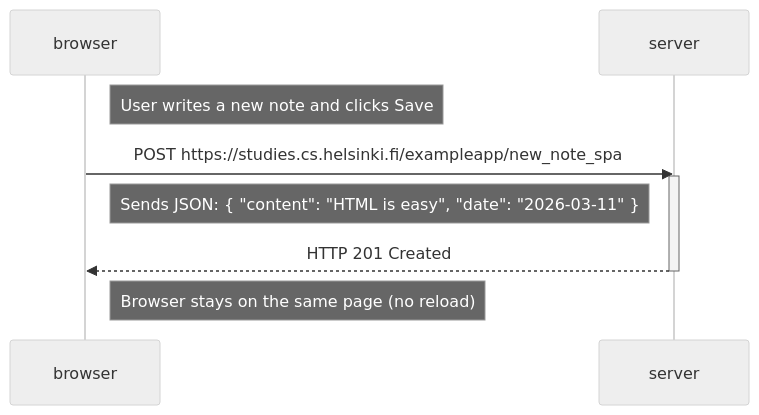
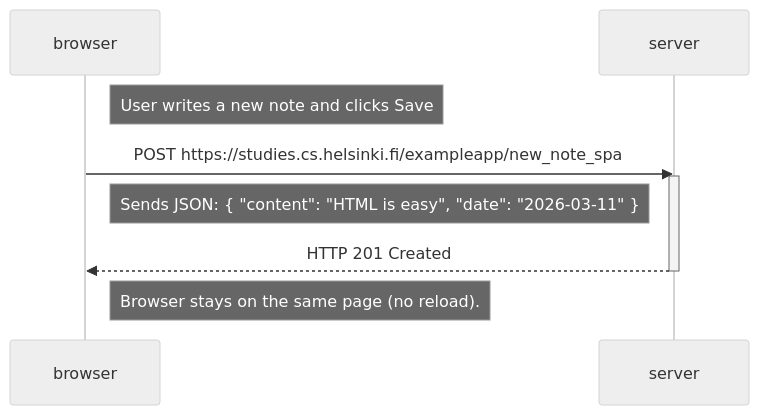
The diagram in part0/0.6.md (menna-eltahawy/fullstackopen), drawn with Mermaid (neutral theme) before and after one commit.

Commit message:
exercise 0.5 SPA diagram

````diff
--- a/part0/0.6.md
+++ b/part0/0.6.md
@@ -1,16 +1,16 @@
 ```mermaid
 sequenceDiagram
     participant browser
     participant server
 
     Note right of browser: User writes a new note and clicks Save
 
 
     browser->>server: POST https://studies.cs.helsinki.fi/exampleapp/new_note_spa
     activate server
     Note right of browser: Sends JSON: { "content": "HTML is easy", "date": "2026-03-11" }
     server-->>browser: HTTP 201 Created
     deactivate server
 
-    Note right of browser: Browser stays on the same page (no reload)
+    Note right of browser: Browser stays on the same page (no reload).
 ```
````
